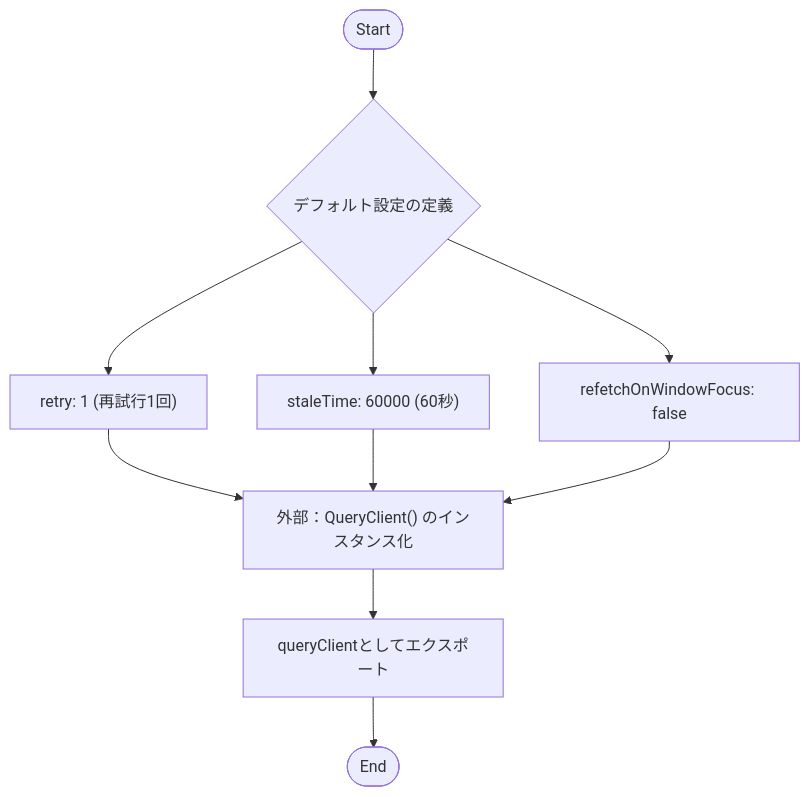
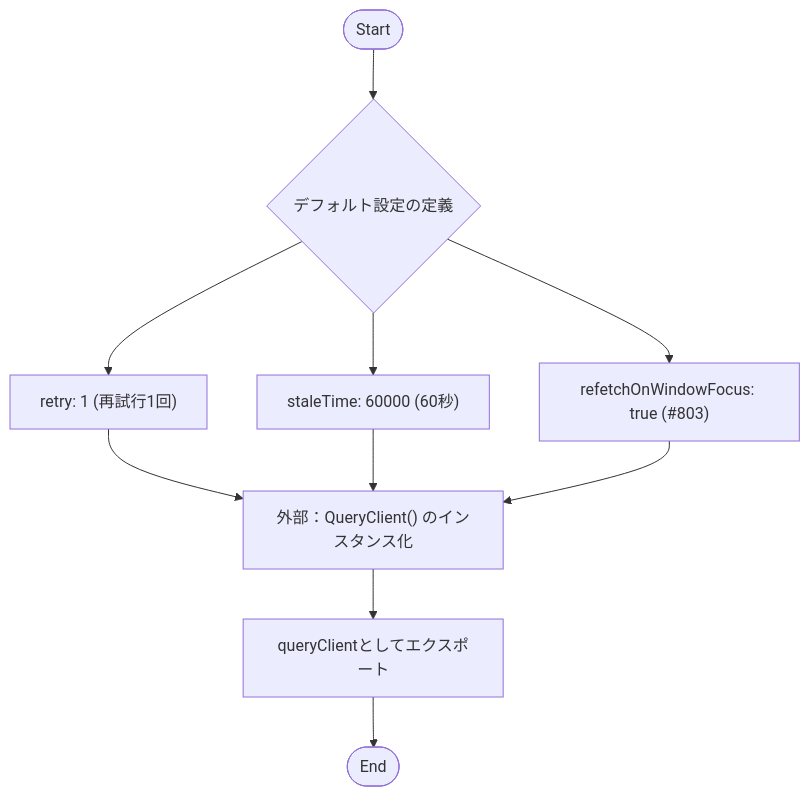
Before and after one commit to mmtigers/my_python_project: the first of 2 diagrams in docs/specifications/family-quest/src/lib/queryClient.md, drawn with Mermaid. The commit also changed other lines of this file and 7 other files, not shown here.

````diff
--- a/docs/specifications/family-quest/src/lib/queryClient.md
+++ b/docs/specifications/family-quest/src/lib/queryClient.md
@@ -63,11 +63,11 @@
 ```mermaid
 flowchart TD
     Start([Start]) --> InitConfig{"デフォルト設定の定義"}
     InitConfig --> SetRetry["retry: 1 (再試行1回)"]
     InitConfig --> SetStaleTime["staleTime: 60000 (60秒)"]
-    InitConfig --> SetRefetch["refetchOnWindowFocus: false"]
+    InitConfig --> SetRefetch["refetchOnWindowFocus: true (#803)"]
     SetRetry & SetStaleTime & SetRefetch --> CreateInstance["外部：QueryClient() のインスタンス化"]
     CreateInstance --> Export["queryClientとしてエクスポート"]
     Export --> End([End])
 
 ```
````
